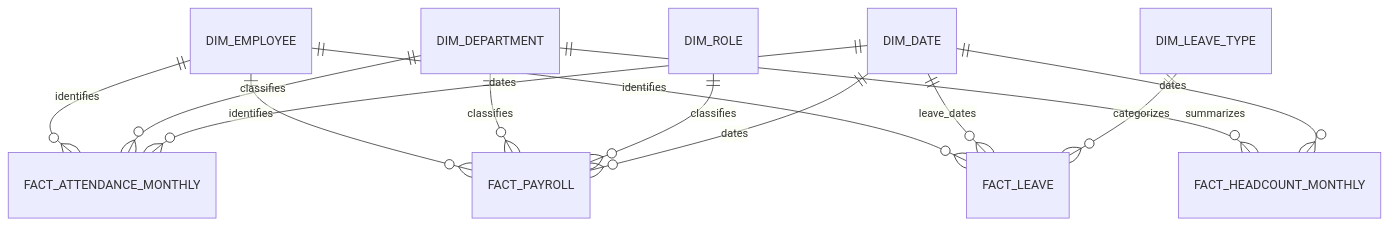
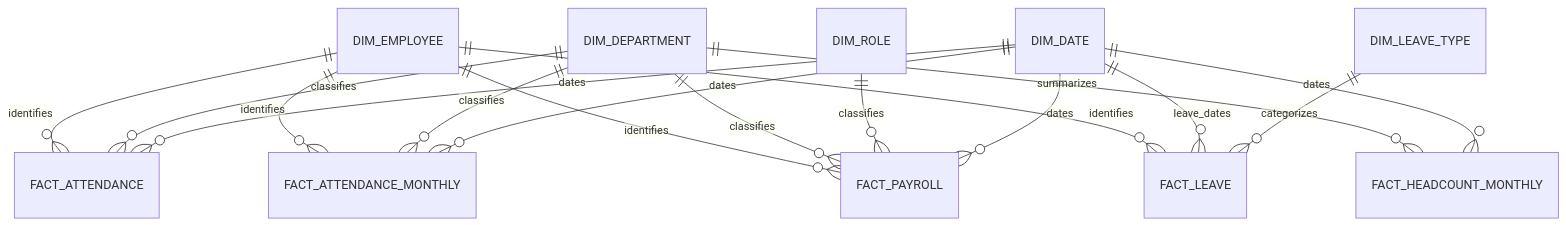
The diagram in docs/warehouse-schema.md (Iswarya-11/pulseiq-etl), drawn with Mermaid before and after one commit. The commit also changed other lines of this file and 2 other files, not shown here.

````diff
--- a/docs/warehouse-schema.md
+++ b/docs/warehouse-schema.md
@@ -50,15 +60,18 @@
 ```mermaid
 erDiagram
+    DIM_EMPLOYEE ||--o{ FACT_ATTENDANCE : identifies
     DIM_EMPLOYEE ||--o{ FACT_ATTENDANCE_MONTHLY : identifies
     DIM_EMPLOYEE ||--o{ FACT_PAYROLL : identifies
     DIM_EMPLOYEE ||--o{ FACT_LEAVE : identifies
+    DIM_DEPARTMENT ||--o{ FACT_ATTENDANCE : classifies
     DIM_DEPARTMENT ||--o{ FACT_ATTENDANCE_MONTHLY : classifies
     DIM_DEPARTMENT ||--o{ FACT_PAYROLL : classifies
     DIM_DEPARTMENT ||--o{ FACT_HEADCOUNT_MONTHLY : summarizes
     DIM_ROLE ||--o{ FACT_PAYROLL : classifies
+    DIM_DATE ||--o{ FACT_ATTENDANCE : dates
     DIM_DATE ||--o{ FACT_ATTENDANCE_MONTHLY : dates
     DIM_DATE ||--o{ FACT_PAYROLL : dates
     DIM_DATE ||--o{ FACT_LEAVE : leave_dates
     DIM_DATE ||--o{ FACT_HEADCOUNT_MONTHLY : dates
     DIM_LEAVE_TYPE ||--o{ FACT_LEAVE : categorizes
 ```
````
